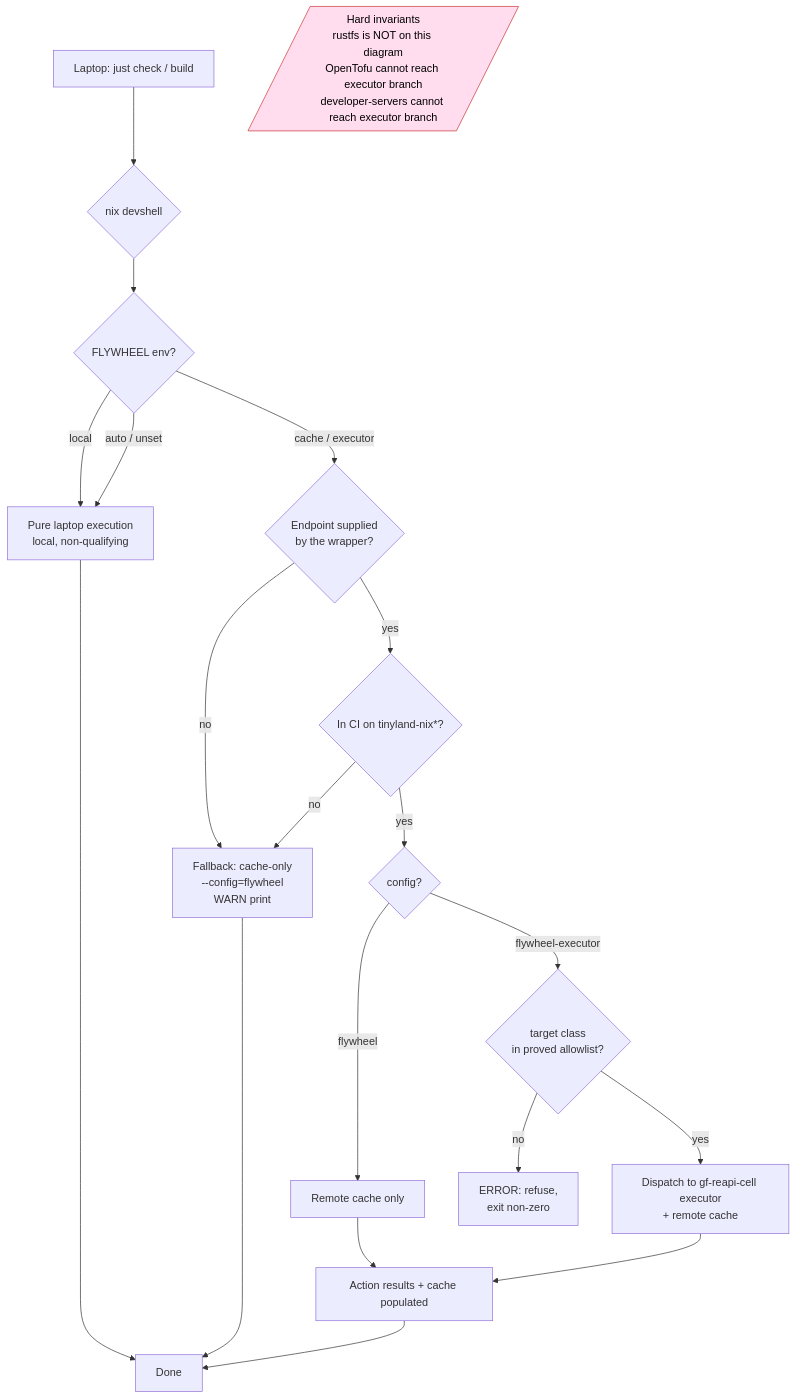
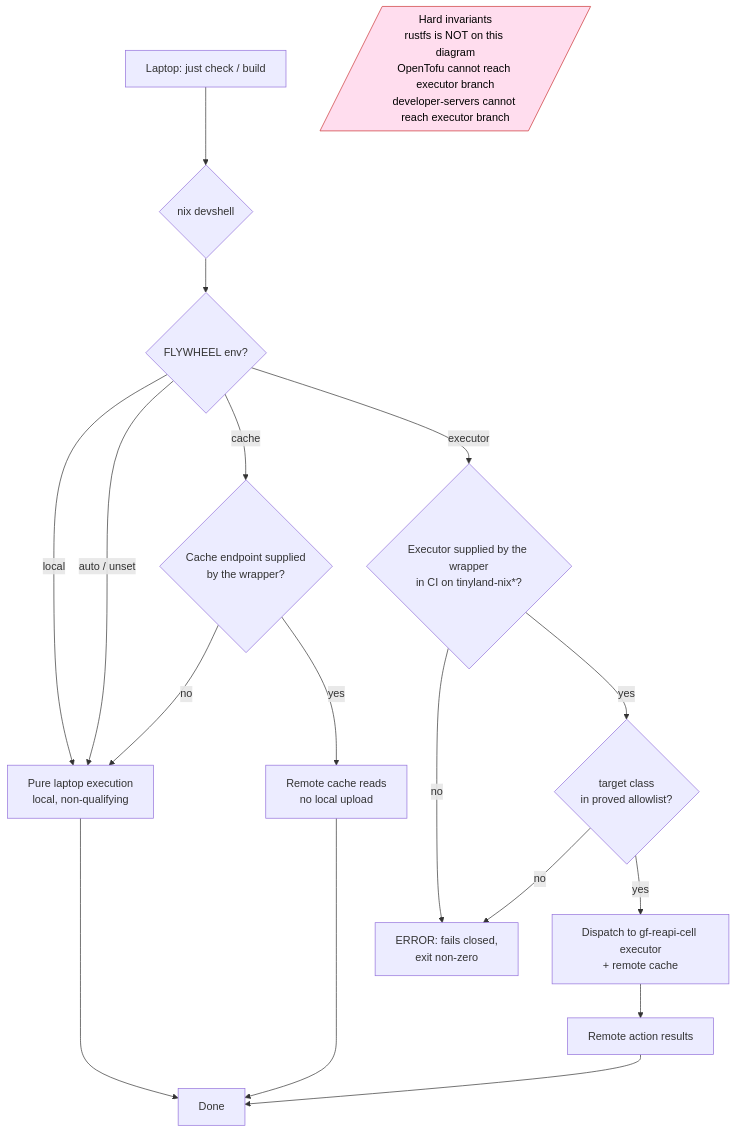
Before and after one commit to Jesssullivan/darkmap.phasi.space: the second of 2 diagrams in docs/CI-SCHEMA.md, drawn with Mermaid. The commit also changed other lines of this file and 3 other files, not shown here.

First line of the commit message:
docs(bazel): describe fail-closed executor and endpoint-free cache (TIN-5770)

````diff
--- a/docs/CI-SCHEMA.md
+++ b/docs/CI-SCHEMA.md
@@ -584,24 +584,22 @@
 ```mermaid
 flowchart TD
   A[Laptop: just check / build] --> B{nix devshell}
   B --> C{FLYWHEEL env?}
   C -->|local| D[Pure laptop execution<br/>local, non-qualifying]
   C -->|auto / unset| D
-  C -->|cache / executor| E{Endpoint supplied<br/>by the wrapper?}
-  E -->|no| F[Fallback: cache-only<br/>--config=flywheel<br/>WARN print]
-  E -->|yes| G{In CI on tinyland-nix*?}
-  G -->|no| F
-  G -->|yes| H{config?}
-  H -->|flywheel| I[Remote cache only]
-  H -->|flywheel-executor| J{target class<br/>in proved allowlist?}
-  J -->|no| K[ERROR: refuse,<br/>exit non-zero]
+  C -->|cache| E{Cache endpoint supplied<br/>by the wrapper?}
+  E -->|no| D
+  E -->|yes| I[Remote cache reads<br/>no local upload]
+  C -->|executor| G{Executor supplied by the wrapper<br/>in CI on tinyland-nix*?}
+  G -->|no| K[ERROR: fails closed,<br/>exit non-zero]
+  G -->|yes| J{target class<br/>in proved allowlist?}
+  J -->|no| K
   J -->|yes| L[Dispatch to gf-reapi-cell executor<br/>+ remote cache]
-  L --> M[Action results + cache populated]
-  I --> M
+  L --> M[Remote action results]
+  I --> N
   D --> N[Done]
-  F --> N
   M --> N
 
   classDef invariant fill:#fde,stroke:#c33,color:#000
   X[/Hard invariants<br/>rustfs is NOT on this diagram<br/>OpenTofu cannot reach executor branch<br/>developer-servers cannot reach executor branch/]:::invariant
 ```
````
